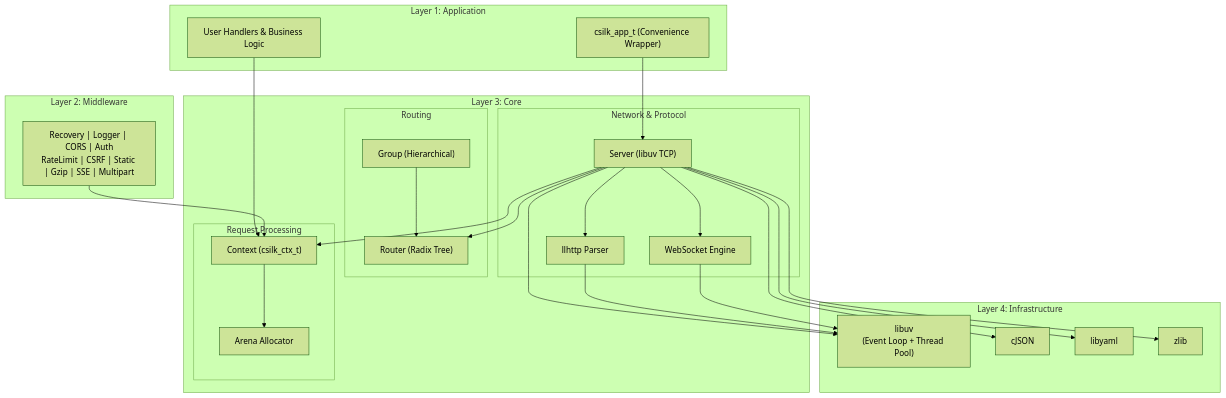
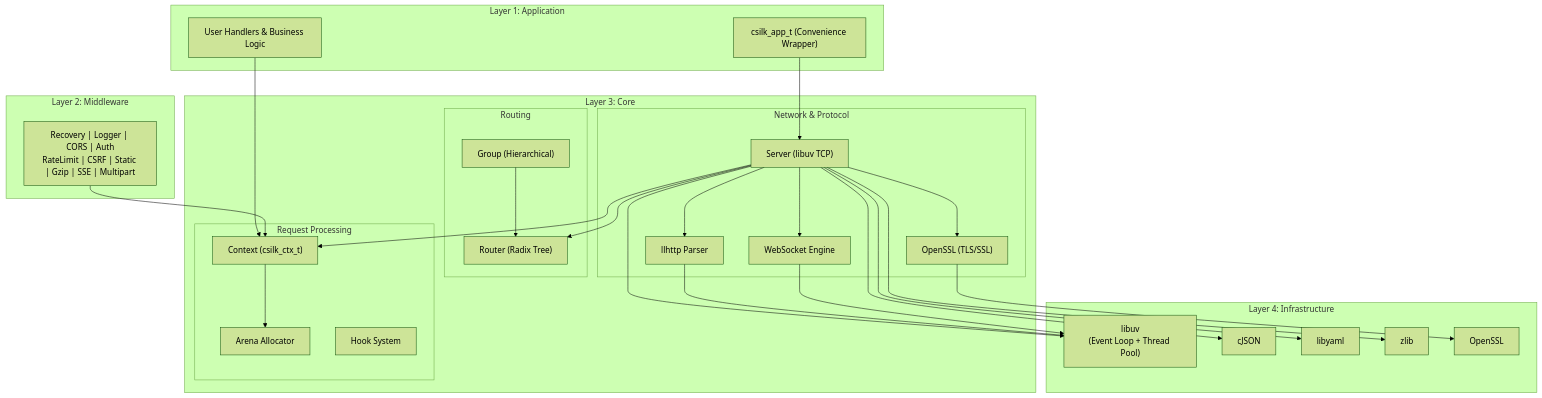
The first of 7 diagrams in docs/architecture.md (quintin-lee/csilk), drawn with Mermaid (forest theme) before and after one commit. The commit also changed other lines of this file and 6 other files, not shown here.

````diff
--- a/docs/architecture.md
+++ b/docs/architecture.md
@@ -7,50 +7,55 @@
 ```mermaid
 graph TB
     subgraph "Layer 1: Application"
         H["User Handlers & Business Logic"]
         APP["csilk_app_t (Convenience Wrapper)"]
     end
 
     subgraph "Layer 2: Middleware"
         MW["Recovery | Logger | CORS | Auth\nRateLimit | CSRF | Static | Gzip | SSE | Multipart"]
     end
 
     subgraph "Layer 3: Core"
         subgraph "Request Processing"
             CTX["Context (csilk_ctx_t)"]
             ARENA["Arena Allocator"]
+            HOOKS["Hook System"]
         end
         subgraph "Routing"
             RTR["Router (Radix Tree)"]
             GRP["Group (Hierarchical)"]
         end
         subgraph "Network & Protocol"
             SRV["Server (libuv TCP)"]
             HTTP["llhttp Parser"]
+            TLS["OpenSSL (TLS/SSL)"]
             WS["WebSocket Engine"]
         end
     end
 
     subgraph "Layer 4: Infrastructure"
         UV["libuv\n(Event Loop + Thread Pool)"]
         CJ["cJSON"]
         YAML["libyaml"]
         ZLIB["zlib"]
+        SSL["OpenSSL"]
     end
 
     H --> CTX
     APP --> SRV
     MW --> CTX
     SRV --> RTR
     SRV --> CTX
     SRV --> HTTP
+    SRV --> TLS
     SRV --> WS
     GRP --> RTR
     CTX --> ARENA
     SRV --> UV
     HTTP --> UV
+    TLS --> SSL
     WS --> UV
     SRV --> CJ
     SRV --> YAML
     SRV --> ZLIB
 ```
````
